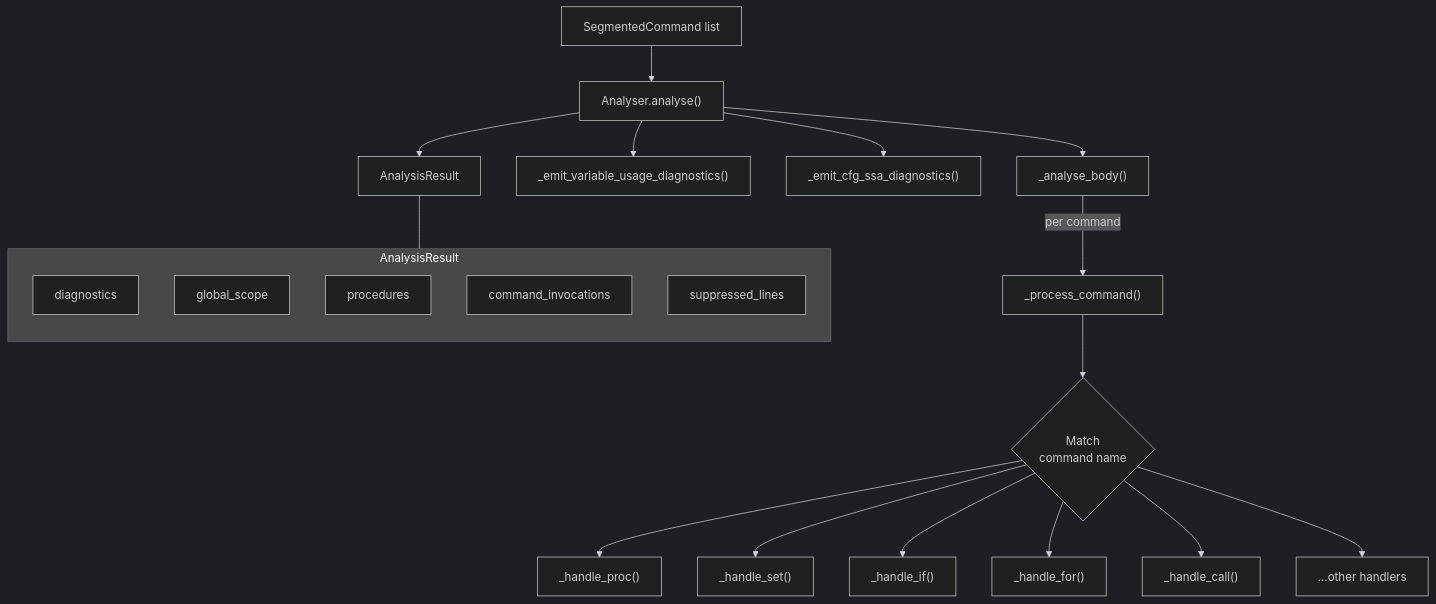
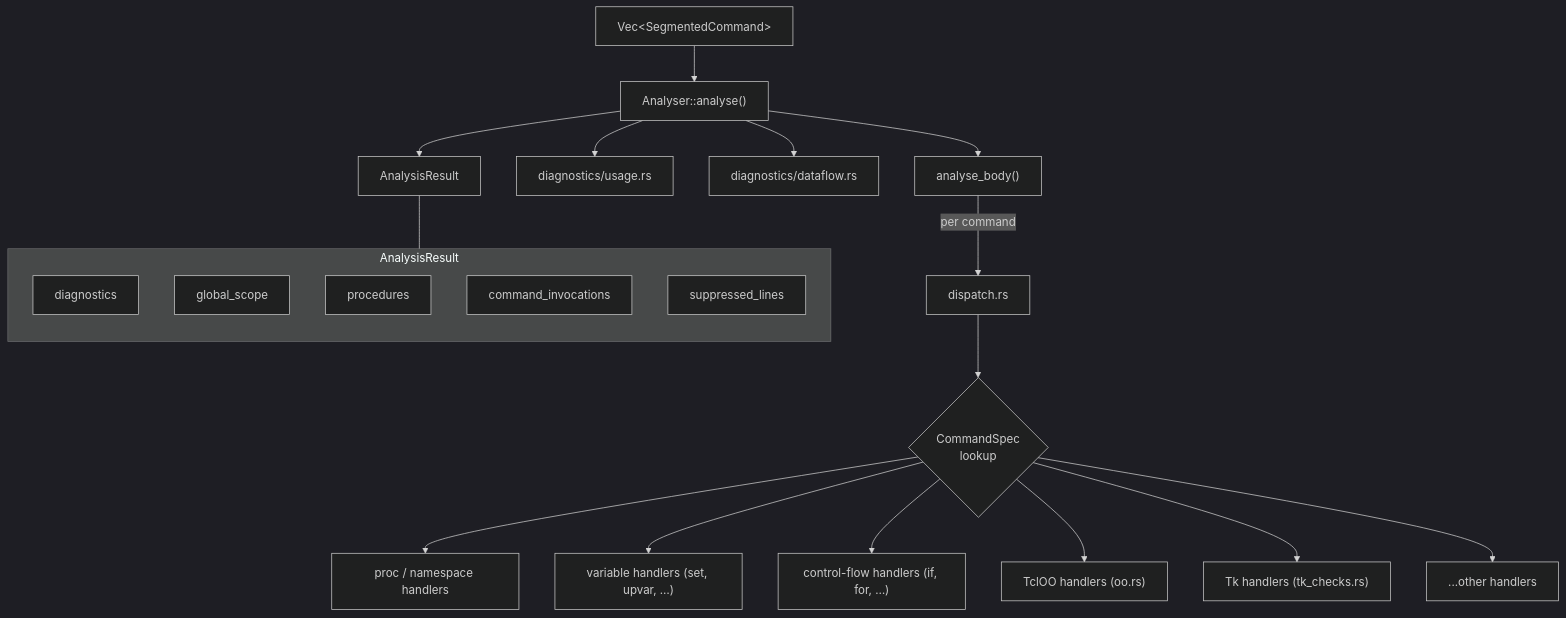
One commit to bitwisecook/tcl-lsp changed the fifth of 20 diagrams in docs/design/compiler-architecture.md. Above: the diagram before and after it, drawn with Mermaid (dark theme). The commit also changed other lines of this file and 163 other files, not shown here.

````diff
--- a/docs/design/compiler-architecture.md
+++ b/docs/design/compiler-architecture.md
@@ -184,30 +196,30 @@
 ```mermaid
 flowchart TD
-    CMDS["SegmentedCommand list"] --> ANA["Analyser.analyse()"]
-    ANA --> BODY["_analyse_body()"]
-    BODY --> |"per command"| PROC["_process_command()"]
+    CMDS["Vec&lt;SegmentedCommand&gt;"] --> ANA["Analyser::analyse()"]
+    ANA --> BODY["analyse_body()"]
+    BODY --> |"per command"| PROC["dispatch.rs"]
 
-    PROC --> MATCH{"Match<br/>command name"}
-    MATCH --> H_PROC["_handle_proc()"]
-    MATCH --> H_SET["_handle_set()"]
-    MATCH --> H_IF["_handle_if()"]
-    MATCH --> H_FOR["_handle_for()"]
-    MATCH --> H_CALL["_handle_call()"]
+    PROC --> MATCH{"CommandSpec<br/>lookup"}
+    MATCH --> H_PROC["proc / namespace handlers"]
+    MATCH --> H_SET["variable handlers (set, upvar, …)"]
+    MATCH --> H_IF["control-flow handlers (if, for, …)"]
+    MATCH --> H_OO["TclOO handlers (oo.rs)"]
+    MATCH --> H_TK["Tk handlers (tk_checks.rs)"]
     MATCH --> H_ETC["...other handlers"]
 
-    ANA --> VUSG["_emit_variable_usage_diagnostics()"]
-    ANA --> VCFG["_emit_cfg_ssa_diagnostics()"]
+    ANA --> VUSG["diagnostics/usage.rs"]
+    ANA --> VCFG["diagnostics/dataflow.rs"]
 
     ANA --> RES["AnalysisResult"]
 
     subgraph AnalysisResult
         direction TB
         DX["diagnostics"]
         SC["global_scope"]
         PR["procedures"]
         CI["command_invocations"]
         SL["suppressed_lines"]
     end
 
     RES --- AnalysisResult
 ```
````
